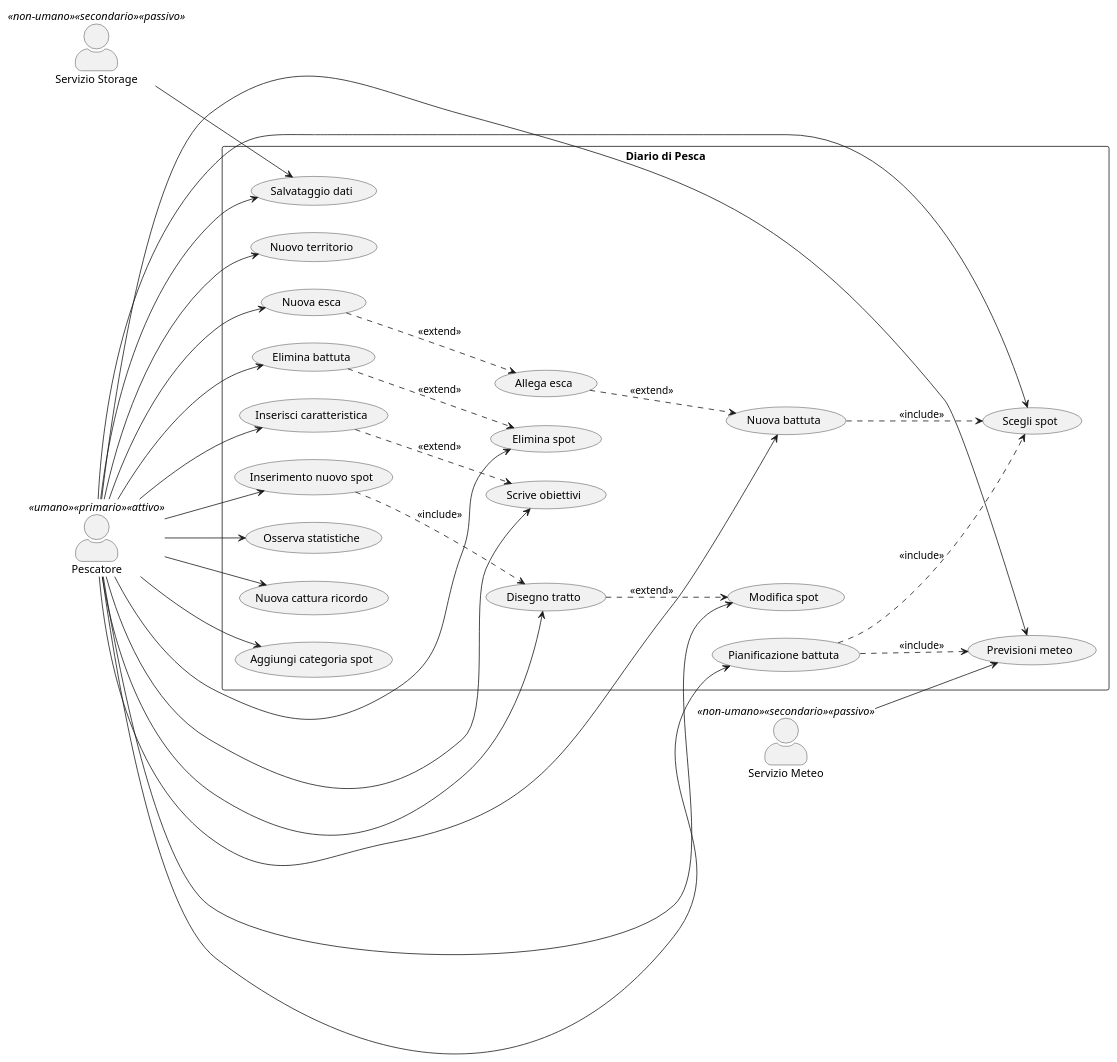
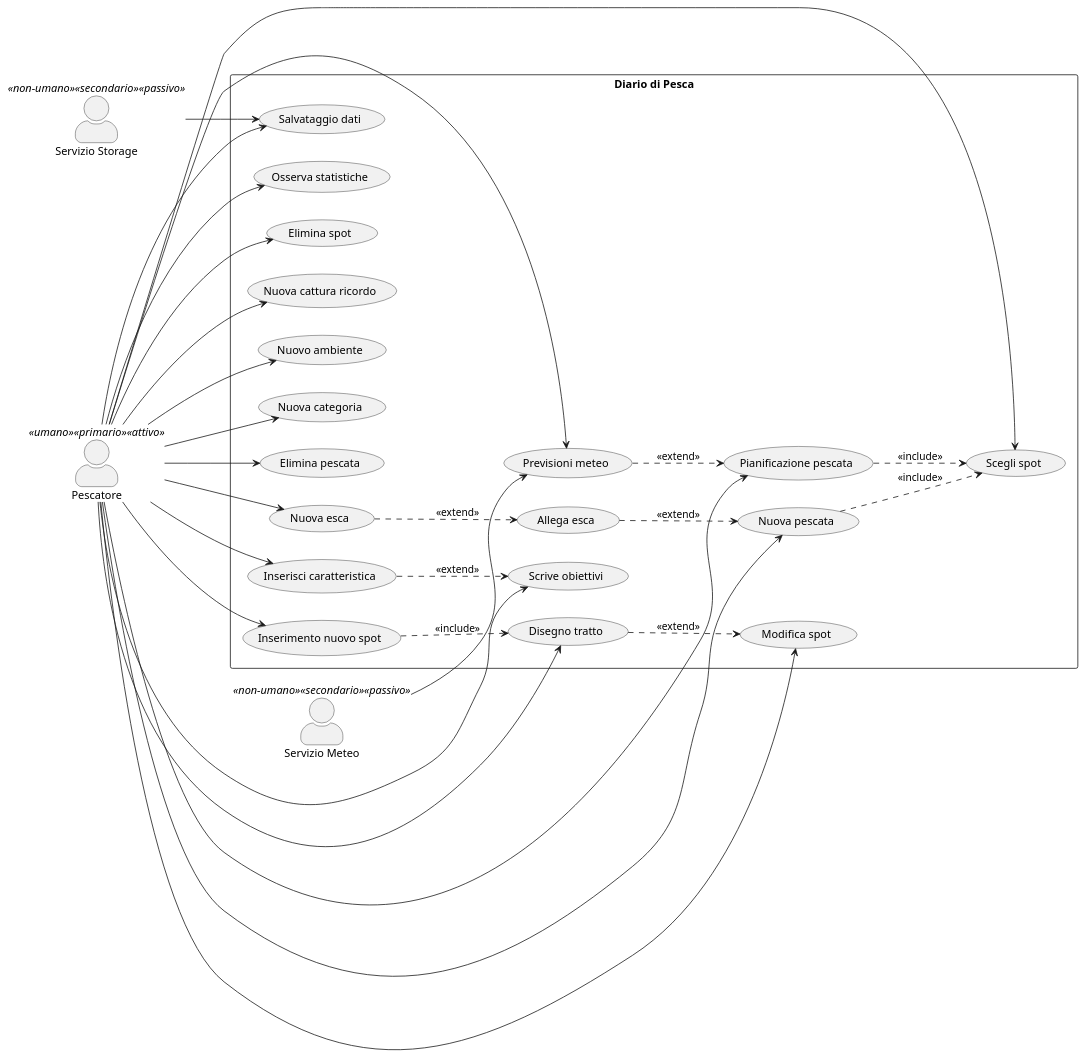
Before and after one commit to LocaCele04/LC_Tesi: the diagram in diagrams/diagramma_casi_uso.puml, drawn with PlantUML. The commit also changed 18 other files, not shown here.

```diff
--- a/diagrams/diagramma_casi_uso.puml
+++ b/diagrams/diagramma_casi_uso.puml
@@ -1,70 +1,69 @@
 @startuml Diagramma_dei_casi_duso
 left to right direction
 skinparam packageStyle rectangle
 skinparam actorStyle awesome
 
 actor "Pescatore" as Pescatore <<umano>> <<primario>> <<attivo>>
 actor "Servizio Meteo" as Meteo <<non-umano>> <<secondario>> <<passivo>>
 actor "Servizio Storage" as Storage <<non-umano>> <<secondario>> <<passivo>>
 
 rectangle "Diario di Pesca" {
   ' --- nuovi casi uso ---
 	usecase "Disegno tratto" as UC_DisegnoTratto
-	usecase "Elimina battuta" as UC_EliminaBattuta
+	usecase "Elimina pescata" as UC_EliminaPescata
 	usecase "Inserisci caratteristica" as UC_NuovaCaratteristica
 	usecase "Nuova esca" as UC_InserisciEsca
 	usecase "Allega esca" as UC_AllegaEsca
 	usecase "Scrive obiettivi" as UC_NuovoObiettivo
 	usecase "Previsioni meteo" as UC_Previsioni
 	usecase "Inserimento nuovo spot" as UC_NuovoSpot
 	usecase "Modifica spot" as UC_ModificaSpot
 	usecase "Scegli spot" as UC_SceltaSpot
 	usecase "Osserva statistiche" as UC_Statistiche
 	usecase "Elimina spot" as UC_EliminaSpot
 	usecase "Salvataggio dati" as UC_Backup
-	usecase "Nuova battuta" as UC_NuovaBattuta
-	usecase "Pianificazione battuta" as UC_Pianificazione
+	usecase "Nuova pescata" as UC_NuovaPescata
+	usecase "Pianificazione pescata" as UC_Pianificazione
 	usecase "Nuova cattura ricordo" as UC_CatturaMemorabile
-	usecase "Aggiungi categoria spot" as UC_NuovaClassificazione
-	usecase "Nuovo territorio" as UC_NuovaValle
+	usecase "Nuovo ambiente" as UC_NuovaClassificazione
+	usecase "Nuova categoria" as UC_NuovaValle
 	
   
 
   ' --- nuove associazioni ---
 	UC_NuovoSpot ..> UC_DisegnoTratto : <<include>>
 	UC_DisegnoTratto ..> UC_ModificaSpot : <<extend>>
-	UC_NuovaBattuta ..> UC_SceltaSpot : <<include>>
-	UC_Pianificazione ..> UC_Previsioni : <<include>>
+	UC_NuovaPescata ..> UC_SceltaSpot : <<include>>
+	UC_Previsioni ..> UC_Pianificazione : <<extend>>
 	UC_Pianificazione ..> UC_SceltaSpot : <<include>>
 	UC_NuovaCaratteristica ..> UC_NuovoObiettivo : <<extend>>  
-	UC_EliminaBattuta ..> UC_EliminaSpot : <<extend>> 
 	UC_InserisciEsca ..> UC_AllegaEsca : <<extend>>
-	UC_AllegaEsca ..> UC_NuovaBattuta : <<extend>>
+	UC_AllegaEsca ..> UC_NuovaPescata : <<extend>>
   
 
 
   ' --- Regola di business, l'eliminazione da parte del pescatore dello spot elimina anche il tratto associato e viceversa ---
 }
 
 ' --- associazioni con attori ---
 	Meteo --> UC_Previsioni
 	Storage --> UC_Backup
 	Pescatore --> UC_NuovoSpot
 	Pescatore --> UC_InserisciEsca
 	Pescatore --> UC_ModificaSpot
 	Pescatore --> UC_SceltaSpot
 	Pescatore --> UC_EliminaSpot
 	Pescatore --> UC_Statistiche
 	Pescatore --> UC_Backup
-	Pescatore --> UC_EliminaBattuta 
+	Pescatore --> UC_EliminaPescata 
 	Pescatore --> UC_DisegnoTratto
 	Pescatore --> UC_CatturaMemorabile
 	Pescatore --> UC_NuovaCaratteristica
-	Pescatore --> UC_NuovaBattuta
+	Pescatore --> UC_NuovaPescata
 	Pescatore --> UC_Pianificazione
 	Pescatore --> UC_NuovoObiettivo
 	Pescatore --> UC_Previsioni
 	Pescatore --> UC_NuovaClassificazione
 	Pescatore --> UC_NuovaValle
 
 @enduml
```
